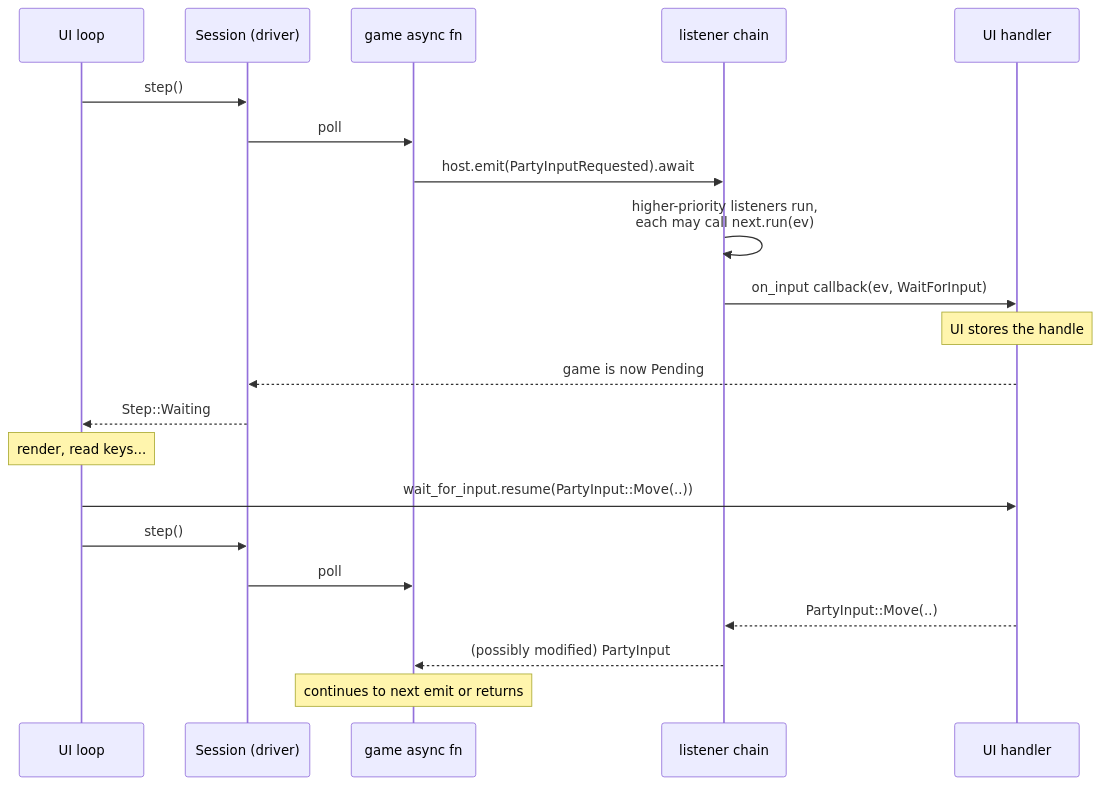
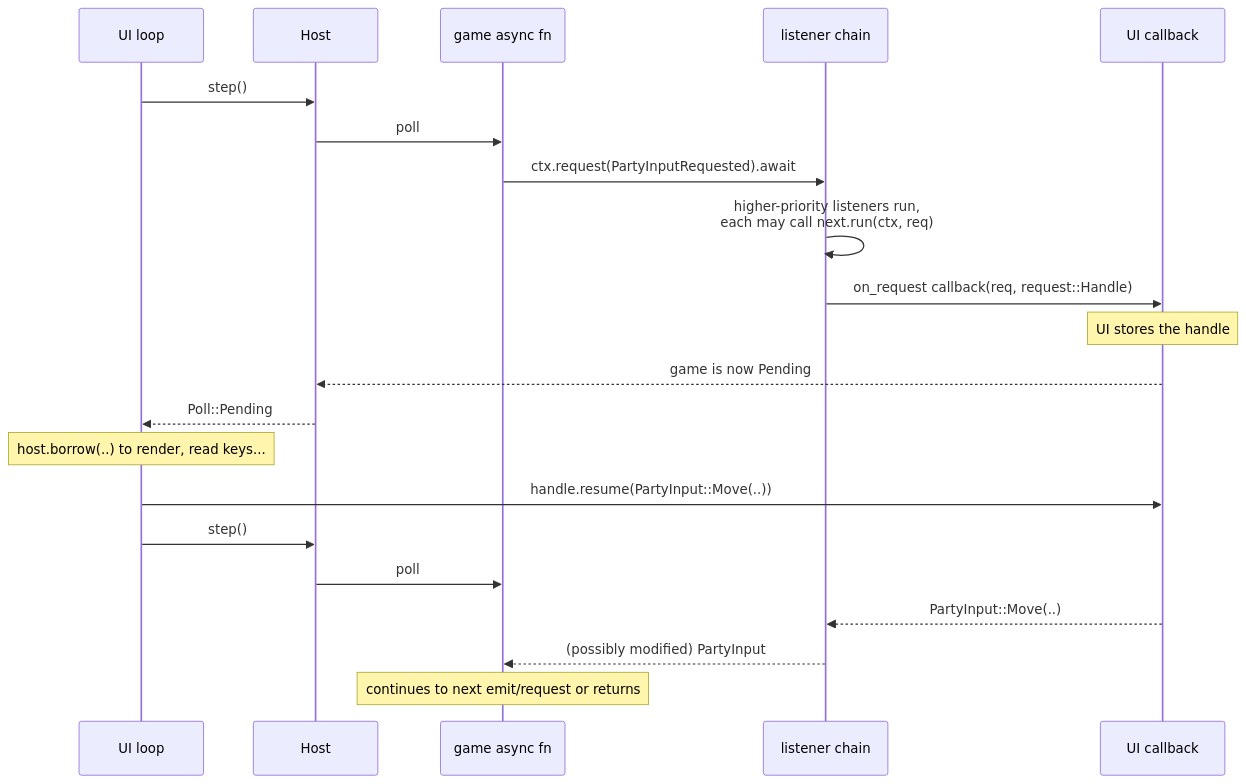
Before and after one commit to andrewtc/posturn: the diagram in book/src/next_turn/plan.md, drawn with Mermaid. The commit also changed other lines of this file and 12 other files, not shown here.

````diff
--- a/book/src/next_turn/plan.md
+++ b/book/src/next_turn/plan.md
@@ -25,24 +35,24 @@
 ```mermaid
 sequenceDiagram
     participant UI as UI loop
-    participant S as Session (driver)
+    participant H as Host
     participant G as game async fn
     participant L as listener chain
-    participant H as UI handler
+    participant C as UI callback
 
-    UI->>S: step()
-    S->>G: poll
-    G->>L: host.emit(PartyInputRequested).await
-    L->>L: higher-priority listeners run,<br/>each may call next.run(ev)
-    L->>H: on_input callback(ev, WaitForInput)
-    Note over H: UI stores the handle
-    H-->>S: game is now Pending
-    S-->>UI: Step::Waiting
-    Note over UI: render, read keys...
-    UI->>H: wait_for_input.resume(PartyInput::Move(..))
-    UI->>S: step()
-    S->>G: poll
-    H-->>L: PartyInput::Move(..)
+    UI->>H: step()
+    H->>G: poll
+    G->>L: ctx.request(PartyInputRequested).await
+    L->>L: higher-priority listeners run,<br/>each may call next.run(ctx, req)
+    L->>C: on_request callback(req, request::Handle)
+    Note over C: UI stores the handle
+    C-->>H: game is now Pending
+    H-->>UI: Poll::Pending
+    Note over UI: host.borrow(..) to render, read keys...
+    UI->>C: handle.resume(PartyInput::Move(..))
+    UI->>H: step()
+    H->>G: poll
+    C-->>L: PartyInput::Move(..)
     L-->>G: (possibly modified) PartyInput
-    Note over G: continues to next emit or returns
+    Note over G: continues to next emit/request or returns
 ```
````
